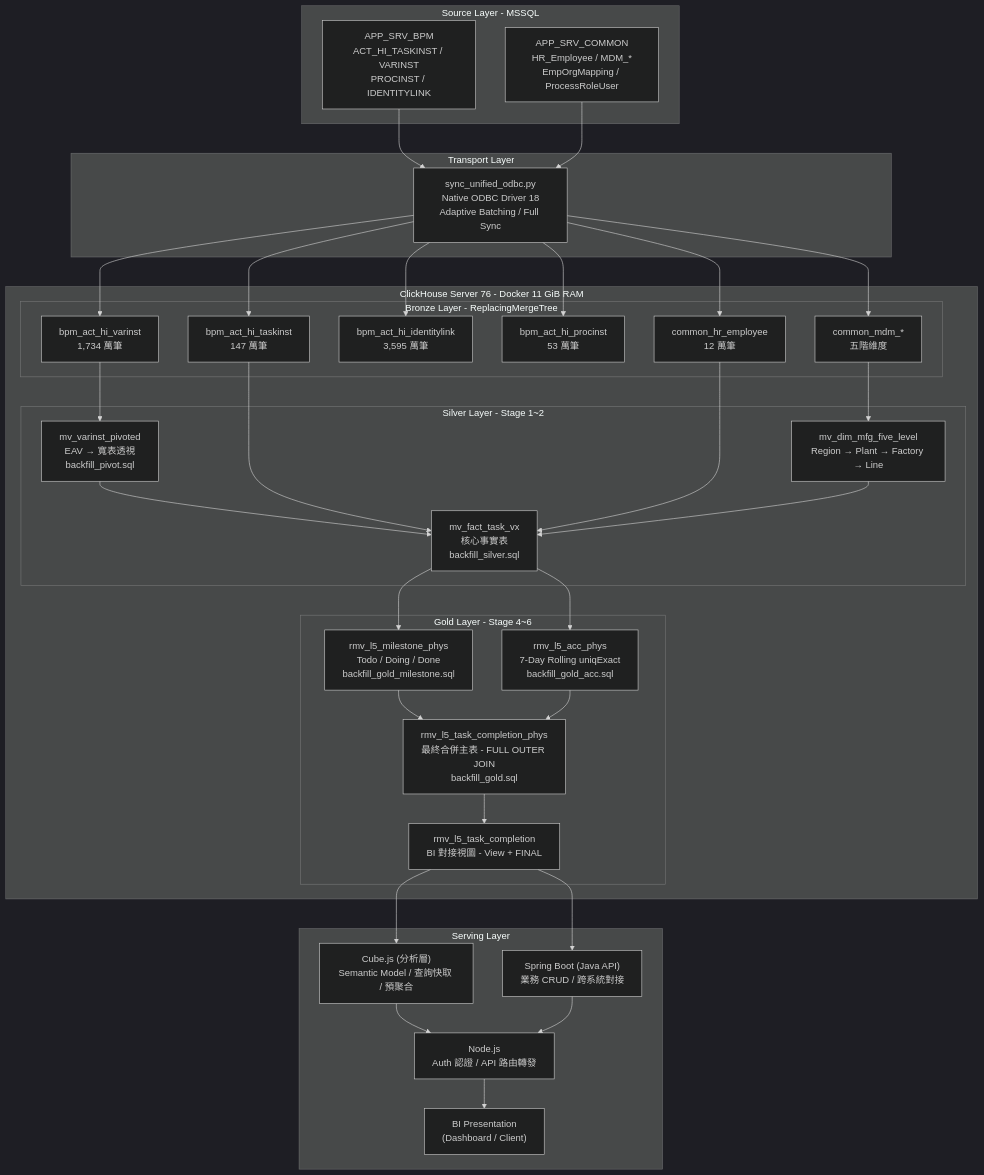
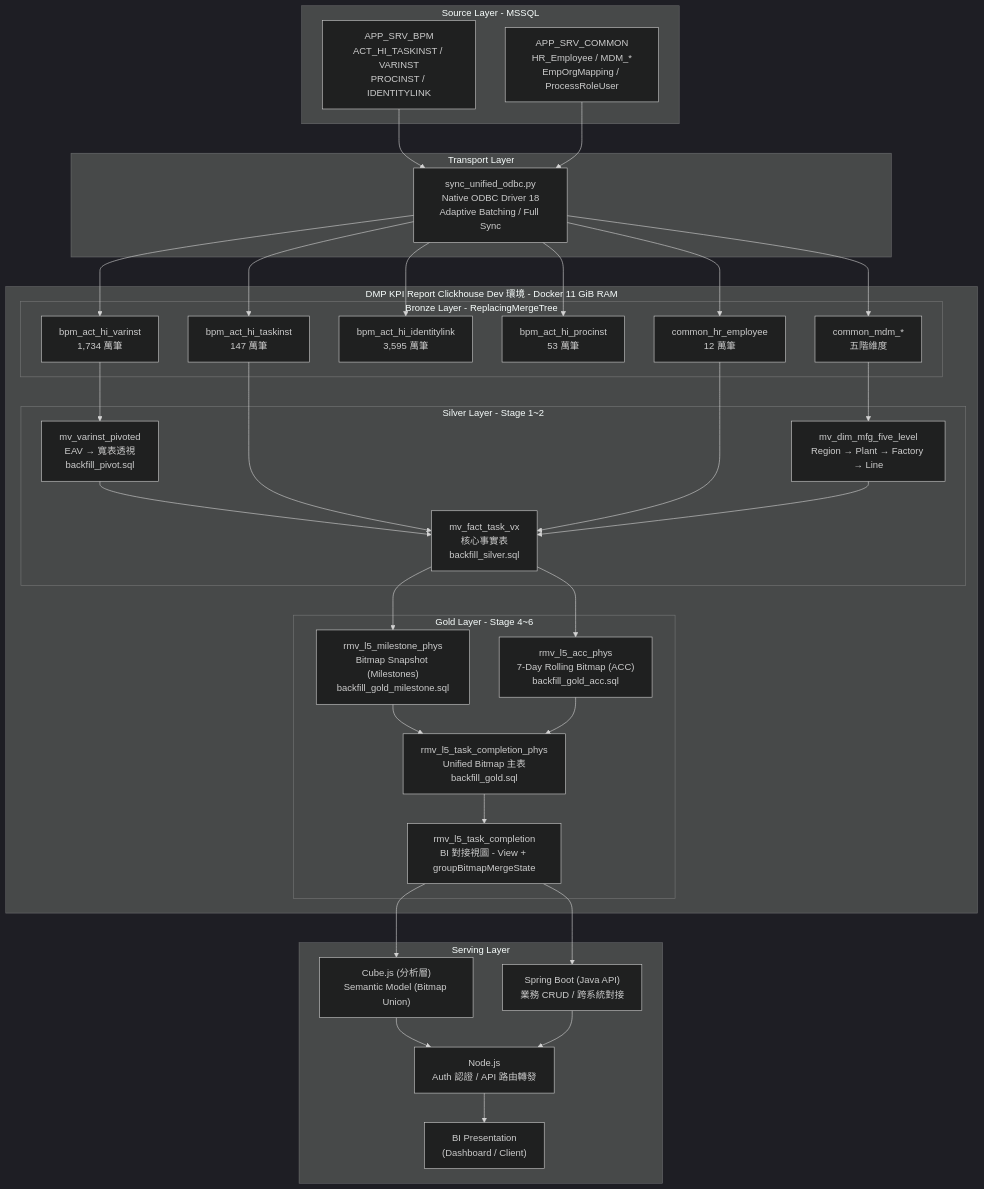
One commit to Han-lai/dmp_flowable_etl changed the first of 5 diagrams in docs/DMP_Flowable_Technical_Documentation.md. Above: the diagram before and after it, drawn with Mermaid (dark theme). The commit also changed other lines of this file and 1 other file, not shown here.

Commit message:
fix: align Acc metrics for Week/Month and update docs

````diff
--- a/docs/DMP_Flowable_Technical_Documentation.md
+++ b/docs/DMP_Flowable_Technical_Documentation.md
@@ -89,65 +90,65 @@
 ```mermaid
 graph TD
     subgraph SOURCE ["Source Layer - MSSQL"]
         BPM["APP_SRV_BPM<br/>ACT_HI_TASKINST / VARINST<br/>PROCINST / IDENTITYLINK"]
         COM["APP_SRV_COMMON<br/>HR_Employee / MDM_*<br/>EmpOrgMapping / ProcessRoleUser"]
     end
 
     subgraph TRANSPORT ["Transport Layer"]
         ODBC["sync_unified_odbc.py<br/>Native ODBC Driver 18<br/>Adaptive Batching / Full Sync"]
     end
 
-    subgraph CH ["ClickHouse Server 76 - Docker 11 GiB RAM"]
+    subgraph CH ["DMP KPI Report Clickhouse Dev 環境 - Docker 11 GiB RAM"]
         subgraph BRONZE ["Bronze Layer - ReplacingMergeTree"]
             BT["bpm_act_hi_taskinst<br/>147 萬筆"]
             BV["bpm_act_hi_varinst<br/>1,734 萬筆"]
             BI["bpm_act_hi_identitylink<br/>3,595 萬筆"]
             BP["bpm_act_hi_procinst<br/>53 萬筆"]
             BH["common_hr_employee<br/>12 萬筆"]
             BM["common_mdm_*<br/>五階維度"]
         end
 
         subgraph SILVER ["Silver Layer - Stage 1~2"]
             S1["mv_varinst_pivoted<br/>EAV → 寬表透視<br/>backfill_pivot.sql"]
             S2["mv_fact_task_vx<br/>核心事實表<br/>backfill_silver.sql"]
             SD["mv_dim_mfg_five_level<br/>Region → Plant → Factory → Line"]
         end
 
         subgraph GOLD ["Gold Layer - Stage 4~6"]
-            G1["rmv_l5_milestone_phys<br/>Todo / Doing / Done<br/>backfill_gold_milestone.sql"]
-            G2["rmv_l5_acc_phys<br/>7-Day Rolling uniqExact<br/>backfill_gold_acc.sql"]
-            G3["rmv_l5_task_completion_phys<br/>最終合併主表 - FULL OUTER JOIN<br/>backfill_gold.sql"]
-            G4["rmv_l5_task_completion<br/>BI 對接視圖 - View + FINAL"]
+            G1["rmv_l5_milestone_phys<br/>Bitmap Snapshot (Milestones)<br/>backfill_gold_milestone.sql"]
+            G2["rmv_l5_acc_phys<br/>7-Day Rolling Bitmap (ACC)<br/>backfill_gold_acc.sql"]
+            G3["rmv_l5_task_completion_phys<br/>Unified Bitmap 主表<br/>backfill_gold.sql"]
+            G4["rmv_l5_task_completion<br/>BI 對接視圖 - View + groupBitmapMergeState"]
         end
     end
 
     subgraph SERVING ["Serving Layer"]
         NODE["Node.js<br/>Auth 認證 / API 路由轉發"]
         SB["Spring Boot (Java API)<br/>業務 CRUD / 跨系統對接"]
-        CUBE["Cube.js (分析層)<br/>Semantic Model / 查詢快取 / 預聚合"]
+        CUBE["Cube.js (分析層)<br/>Semantic Model (Bitmap Union)"]
         SS["BI Presentation<br/>(Dashboard / Client)"]
     end
 
     BPM --> ODBC
     COM --> ODBC
     ODBC --> BT & BV & BI & BP & BH & BM
 
     BV --> S1
     S1 --> S2
     BT --> S2
     BH --> S2
     BM --> SD
     SD --> S2
 
     S2 --> G1
     S2 --> G2
     G1 --> G3
     G2 --> G3
     G3 --> G4
 
     G4 --> CUBE
     G4 --> SB
     CUBE --> NODE
     SB --> NODE
     NODE --> SS
 ```
````
